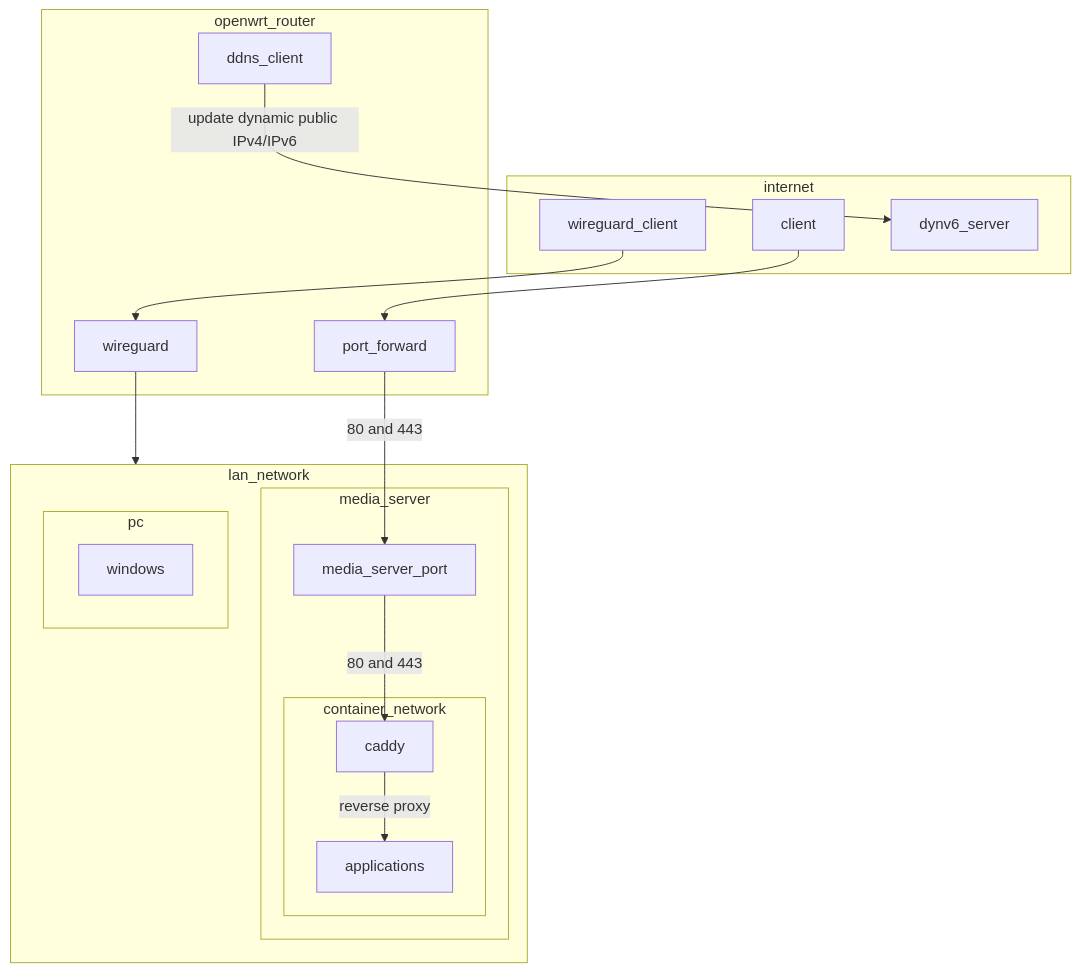
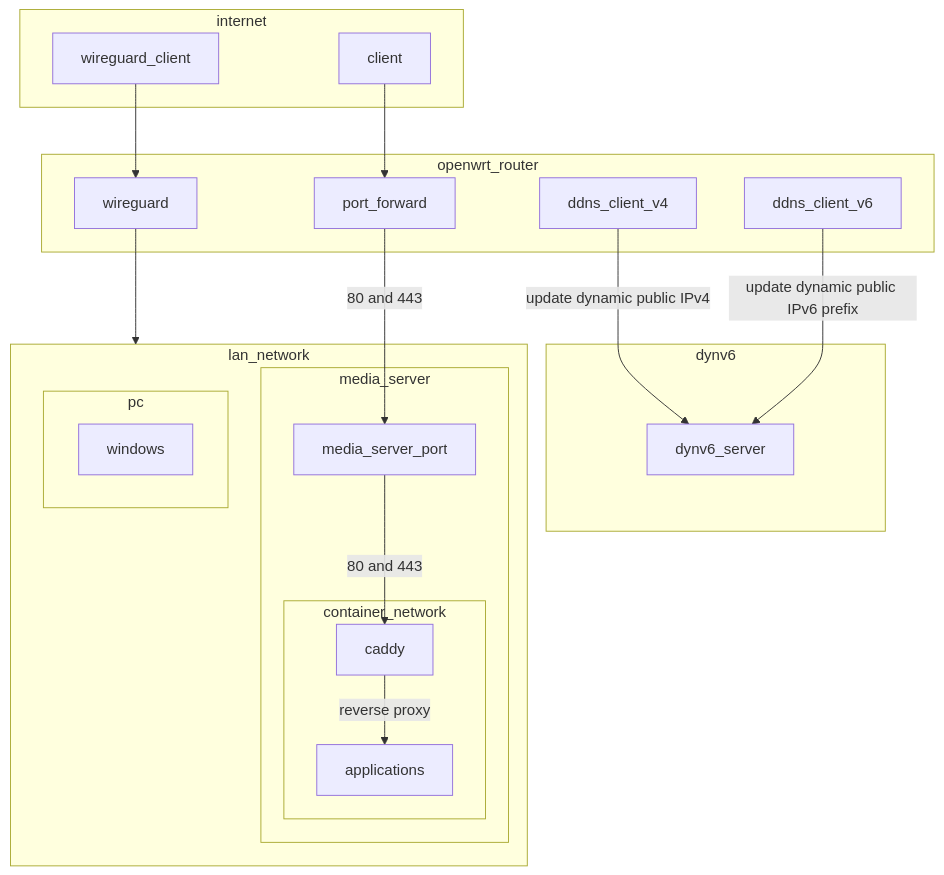
Before and after one commit to zephyros-dev/media-server: the first of 2 diagrams in README.md, drawn with Mermaid.

Commit message:
Update README graph

````diff
--- a/README.md
+++ b/README.md
@@ -5,28 +5,31 @@
 ```mermaid
 flowchart TB
   subgraph internet
     client
     wireguard_client
+  end
+  subgraph dynv6
     dynv6_server
   end
   subgraph lan_network
     subgraph media_server
       subgraph container_network
         caddy -- reverse proxy --> applications
       end
       media_server_port -- 80 and 443 --> caddy
     end
     subgraph pc
       windows
     end
   end
   subgraph openwrt_router
     client --> port_forward
     wireguard_client --> wireguard
     port_forward -- 80 and 443 --> media_server_port
   end
   subgraph openwrt_router
-    ddns_client-- update dynamic public IPv4/IPv6 --> dynv6_server
+    ddns_client_v4-- update dynamic public IPv4 --> dynv6_server
+    ddns_client_v6 -- update dynamic public IPv6 prefix --> dynv6_server
   end
   wireguard --> lan_network
 ```
````
